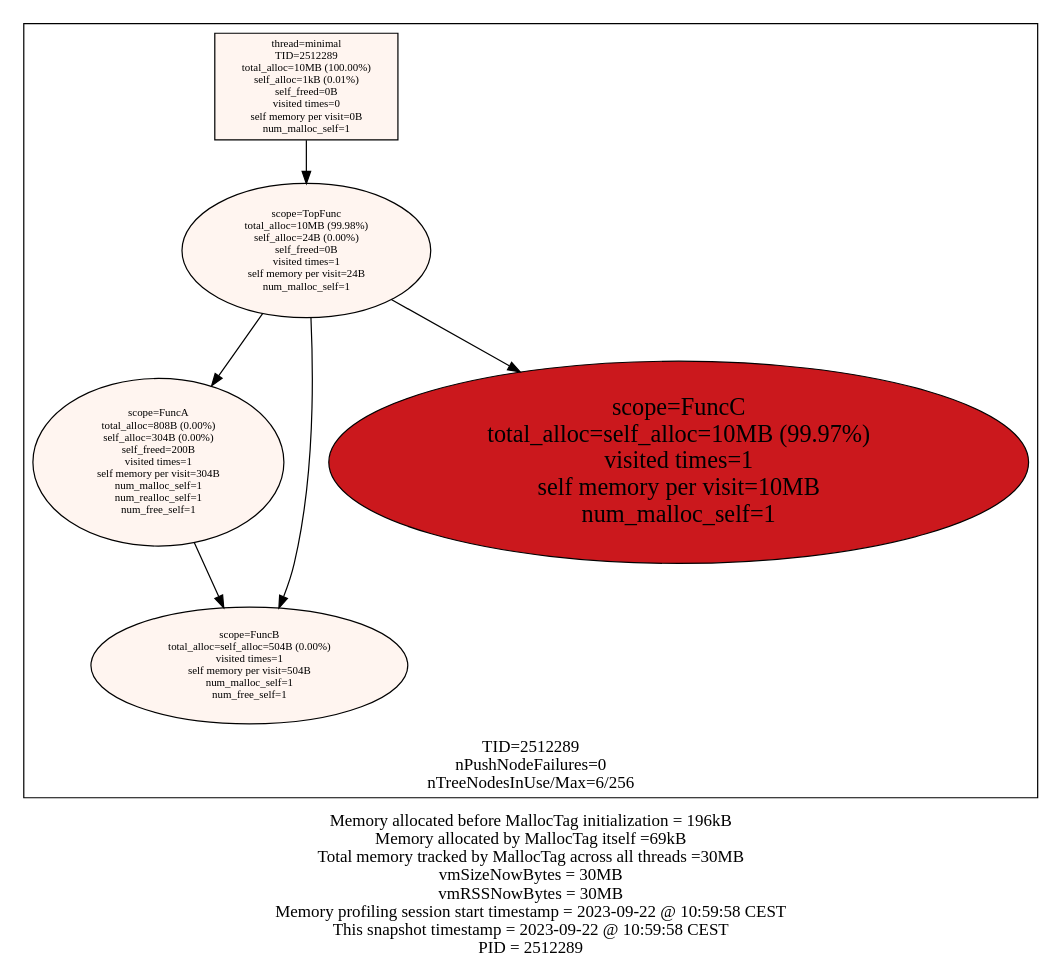
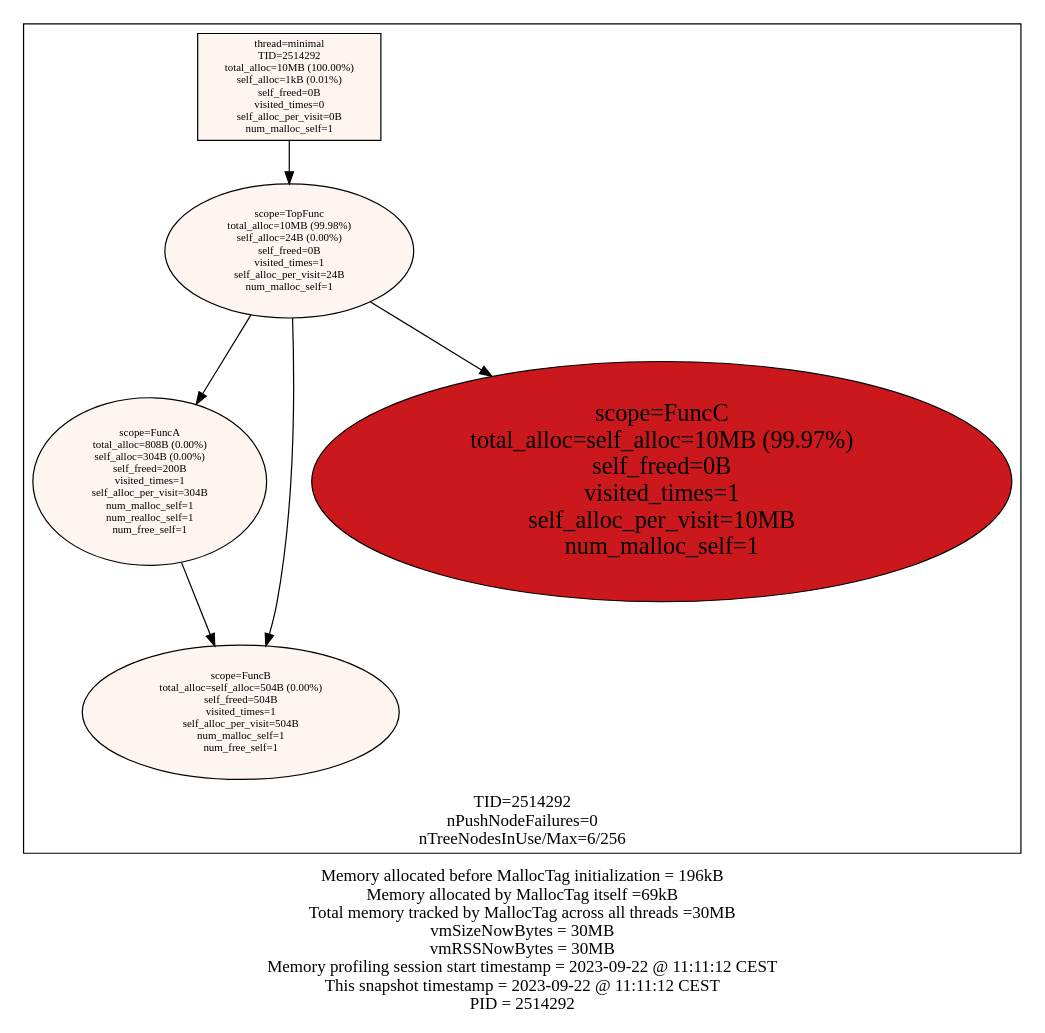
One commit to f18m/malloc-tag changed the diagram in examples/minimal/minimal_stats.dot. Above: the diagram before and after it, drawn with Graphviz. The commit also changed 8 other files, not shown here.

```diff
--- a/examples/minimal/minimal_stats.dot
+++ b/examples/minimal/minimal_stats.dot
@@ -1,22 +1,22 @@
 digraph MallocTree {
  node [colorscheme=reds9 style=filled]
- subgraph cluster_TID2512289 {
+ subgraph cluster_TID2514292 {
   node [colorscheme=reds9 style=filled]
   labelloc="b"
-  label="TID=2512289\nnPushNodeFailures=0\nnTreeNodesInUse/Max=6/256\n"
-  "2512289_minimal" [label="thread=minimal\nTID=2512289\ntotal_alloc=10MB (100.00%)\nself_alloc=1kB (0.01%)\nself_freed=0B\nvisited times=0\nself memory per visit=0B\nnum_malloc_self=1" shape=box fillcolor=1 fontsize=9]
-  "2512289_minimal" -> "2512289_TopFunc"
-  "2512289_TopFunc" [label="scope=TopFunc\ntotal_alloc=10MB (99.98%)\nself_alloc=24B (0.00%)\nself_freed=0B\nvisited times=1\nself memory per visit=24B\nnum_malloc_self=1" fillcolor=1 fontsize=9]
-  "2512289_TopFunc" -> "2512289_FuncA"
-  "2512289_TopFunc" -> "2512289_FuncB"
-  "2512289_TopFunc" -> "2512289_FuncC"
-  "2512289_FuncA" [label="scope=FuncA\ntotal_alloc=808B (0.00%)\nself_alloc=304B (0.00%)\nself_freed=200B\nvisited times=1\nself memory per visit=304B\nnum_malloc_self=1\nnum_realloc_self=1\nnum_free_self=1" fillcolor=1 fontsize=9]
-  "2512289_FuncA" -> "2512289_FuncB"
-  "2512289_FuncB" [label="scope=FuncB\ntotal_alloc=self_alloc=504B (0.00%)\nvisited times=1\nself memory per visit=504B\nnum_malloc_self=1\nnum_free_self=1" fillcolor=1 fontsize=9]
-  "2512289_FuncB" [label="scope=FuncB\ntotal_alloc=self_alloc=504B (0.00%)\nvisited times=1\nself memory per visit=504B\nnum_malloc_self=1\nnum_free_self=1" fillcolor=1 fontsize=9]
-  "2512289_FuncC" [label="scope=FuncC\ntotal_alloc=self_alloc=10MB (99.97%)\nvisited times=1\nself memory per visit=10MB\nnum_malloc_self=1" fillcolor=7 fontsize=20]
+  label="TID=2514292\nnPushNodeFailures=0\nnTreeNodesInUse/Max=6/256\n"
+  "2514292_minimal" [label="thread=minimal\nTID=2514292\ntotal_alloc=10MB (100.00%)\nself_alloc=1kB (0.01%)\nself_freed=0B\nvisited_times=0\nself_alloc_per_visit=0B\nnum_malloc_self=1" shape=box fillcolor=1 fontsize=9]
+  "2514292_minimal" -> "2514292_TopFunc"
+  "2514292_TopFunc" [label="scope=TopFunc\ntotal_alloc=10MB (99.98%)\nself_alloc=24B (0.00%)\nself_freed=0B\nvisited_times=1\nself_alloc_per_visit=24B\nnum_malloc_self=1" fillcolor=1 fontsize=9]
+  "2514292_TopFunc" -> "2514292_FuncA"
+  "2514292_TopFunc" -> "2514292_FuncB"
+  "2514292_TopFunc" -> "2514292_FuncC"
+  "2514292_FuncA" [label="scope=FuncA\ntotal_alloc=808B (0.00%)\nself_alloc=304B (0.00%)\nself_freed=200B\nvisited_times=1\nself_alloc_per_visit=304B\nnum_malloc_self=1\nnum_realloc_self=1\nnum_free_self=1" fillcolor=1 fontsize=9]
+  "2514292_FuncA" -> "2514292_FuncB"
+  "2514292_FuncB" [label="scope=FuncB\ntotal_alloc=self_alloc=504B (0.00%)\nself_freed=504B\nvisited_times=1\nself_alloc_per_visit=504B\nnum_malloc_self=1\nnum_free_self=1" fillcolor=1 fontsize=9]
+  "2514292_FuncB" [label="scope=FuncB\ntotal_alloc=self_alloc=504B (0.00%)\nself_freed=504B\nvisited_times=1\nself_alloc_per_visit=504B\nnum_malloc_self=1\nnum_free_self=1" fillcolor=1 fontsize=9]
+  "2514292_FuncC" [label="scope=FuncC\ntotal_alloc=self_alloc=10MB (99.97%)\nself_freed=0B\nvisited_times=1\nself_alloc_per_visit=10MB\nnum_malloc_self=1" fillcolor=7 fontsize=20]
  }
 
  labelloc="b"
- label="Memory allocated before MallocTag initialization = 196kB\nMemory allocated by MallocTag itself =69kB\nTotal memory tracked by MallocTag across all threads =30MB\nvmSizeNowBytes = 30MB\nvmRSSNowBytes = 30MB\nMemory profiling session start timestamp = 2023-09-22 @ 10:59:58 CEST\nThis snapshot timestamp = 2023-09-22 @ 10:59:58 CEST\nPID = 2512289\n"
+ label="Memory allocated before MallocTag initialization = 196kB\nMemory allocated by MallocTag itself =69kB\nTotal memory tracked by MallocTag across all threads =30MB\nvmSizeNowBytes = 30MB\nvmRSSNowBytes = 30MB\nMemory profiling session start timestamp = 2023-09-22 @ 11:11:12 CEST\nThis snapshot timestamp = 2023-09-22 @ 11:11:12 CEST\nPID = 2514292\n"
 }
```
